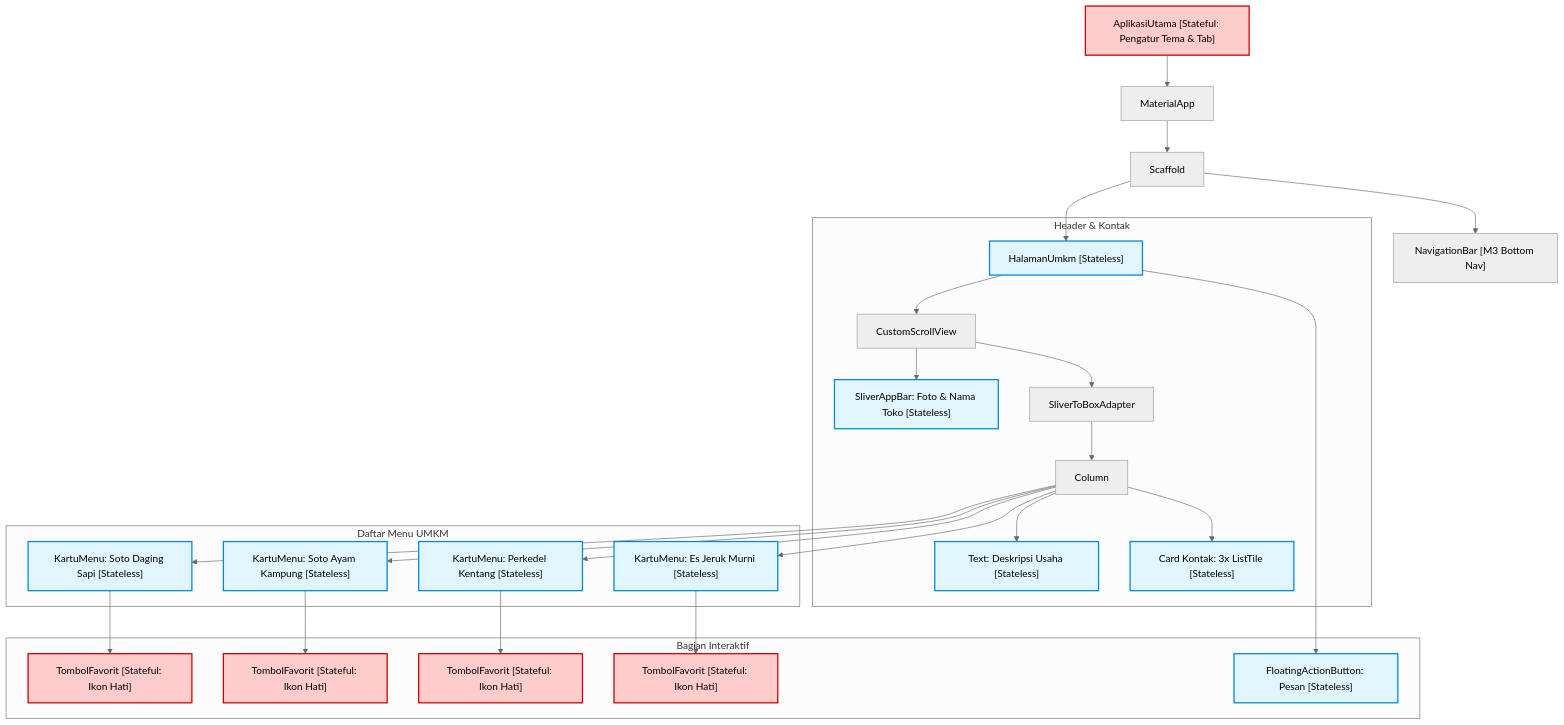
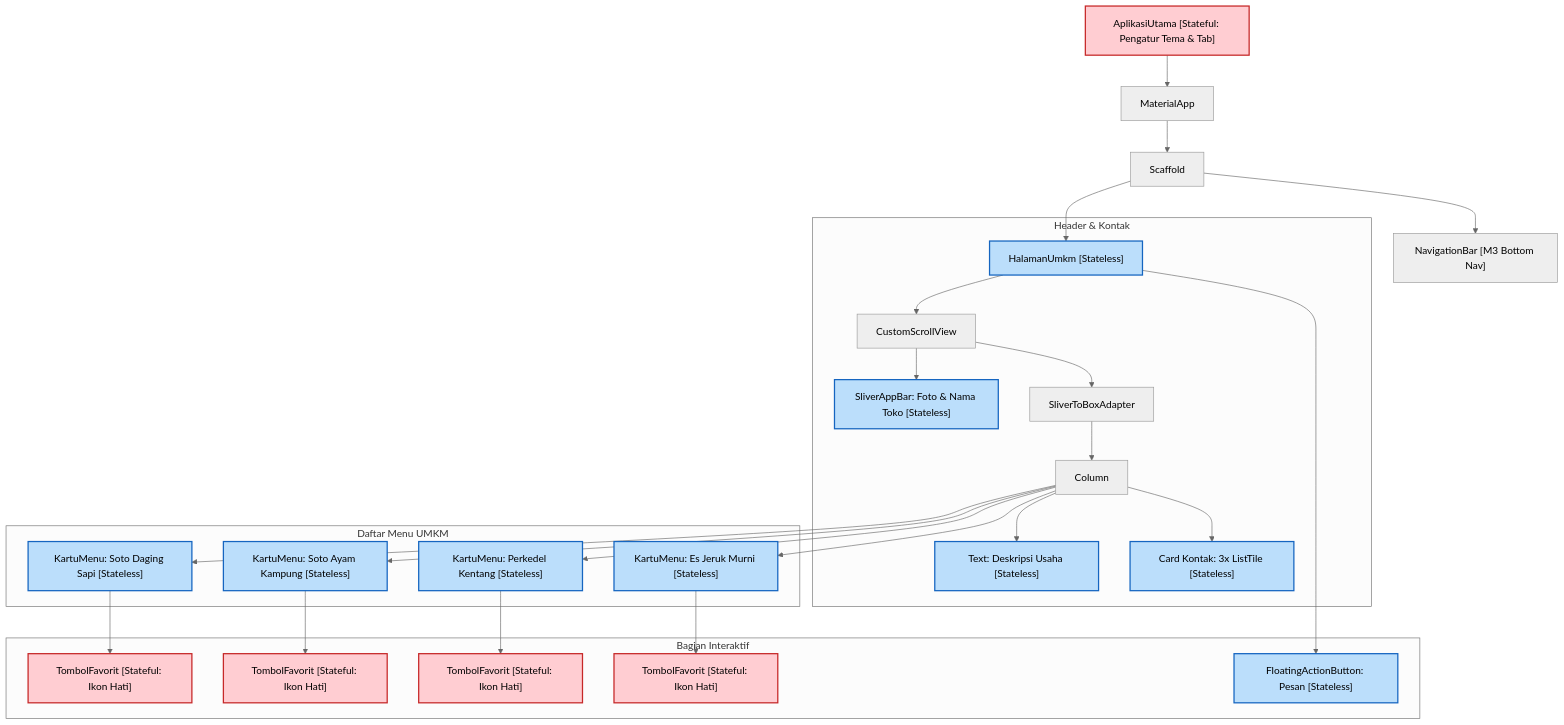
One commit to rafliwijaya/pm-pertemuan-05-4243250017 changed the diagram in README.md. Above: the diagram before and after it, drawn with Mermaid (neutral theme). The commit also changed other lines of this file, not shown here.

Commit message:
update diagram

````diff
--- a/README.md
+++ b/README.md
@@ -16,36 +16,36 @@
 ```mermaid
 flowchart TD
     App["AplikasiUtama [Stateful: Pengatur Tema & Tab]"] --> MatApp["MaterialApp"]
     MatApp --> ScaffoldRoot["Scaffold"]
     ScaffoldRoot --> Nav["NavigationBar [M3 Bottom Nav]"]
     ScaffoldRoot --> UMKM["HalamanUmkm [Stateless]"]
 
     subgraph Header & Kontak
         UMKM --> CustomScroll["CustomScrollView"]
         CustomScroll --> SBar["SliverAppBar: Foto & Nama Toko [Stateless]"]
         CustomScroll --> SBox["SliverToBoxAdapter"]
         SBox --> ColMain["Column"]
         ColMain --> TeksDesc["Text: Deskripsi Usaha [Stateless]"]
         ColMain --> CardKontak["Card Kontak: 3x ListTile [Stateless]"]
     end
 
     subgraph Daftar Menu UMKM
         ColMain --> Menu1["KartuMenu: Soto Daging Sapi [Stateless]"]
         ColMain --> Menu2["KartuMenu: Soto Ayam Kampung [Stateless]"]
         ColMain --> Menu3["KartuMenu: Perkedel Kentang [Stateless]"]
         ColMain --> Menu4["KartuMenu: Es Jeruk Murni [Stateless]"]
     end
 
     subgraph Bagian Interaktif
         Menu1 --> Fav1["TombolFavorit [Stateful: Ikon Hati]"]
         Menu2 --> Fav2["TombolFavorit [Stateful: Ikon Hati]"]
         Menu3 --> Fav3["TombolFavorit [Stateful: Ikon Hati]"]
         Menu4 --> Fav4["TombolFavorit [Stateful: Ikon Hati]"]
         UMKM --> FAB["FloatingActionButton: Pesan [Stateless]"]
     end
 
-    classDef stateful fill:#ffcccc,stroke:#cc0000,stroke-width:2px;
-    classDef stateless fill:#e1f5fe,stroke:#0288d1,stroke-width:2px;
+    classDef stateful fill:#ffcdd2,stroke:#c62828,stroke-width:2px,color:#000000;
+    classDef stateless fill:#bbdefb,stroke:#1565c0,stroke-width:2px,color:#000000;
     class App,Fav1,Fav2,Fav3,Fav4 stateful;
     class UMKM,SBar,TeksDesc,CardKontak,Menu1,Menu2,Menu3,Menu4,FAB stateless;
 ```
````
